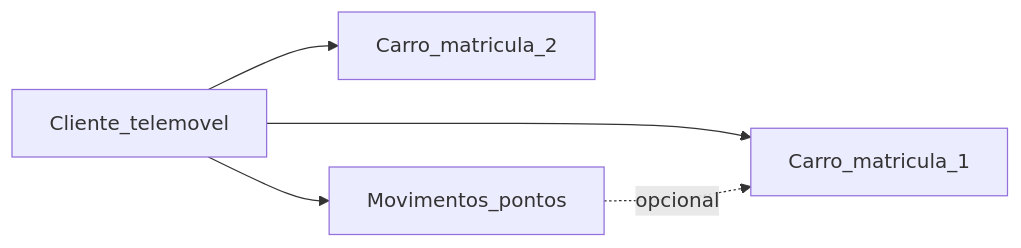
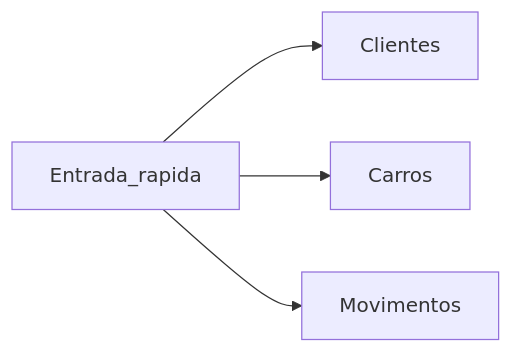
One commit to huleonor/Oficina changed the diagram in sheets/OPERACAO.md. Above: the diagram before and after it, drawn with Mermaid. The commit also changed other lines of this file and 11 other files, not shown here.

````diff
--- a/sheets/OPERACAO.md
+++ b/sheets/OPERACAO.md
@@ -34,7 +27,7 @@
 ```mermaid
 flowchart LR
-  cliente[Cliente_telemovel] --> carro1[Carro_matricula_1]
-  cliente --> carro2[Carro_matricula_2]
-  cliente --> movs[Movimentos_pontos]
-  movs -.->|opcional| carro1
+  form[Entrada_rapida]
+  form --> Clientes
+  form --> Carros
+  form --> Movimentos
 ```
````
